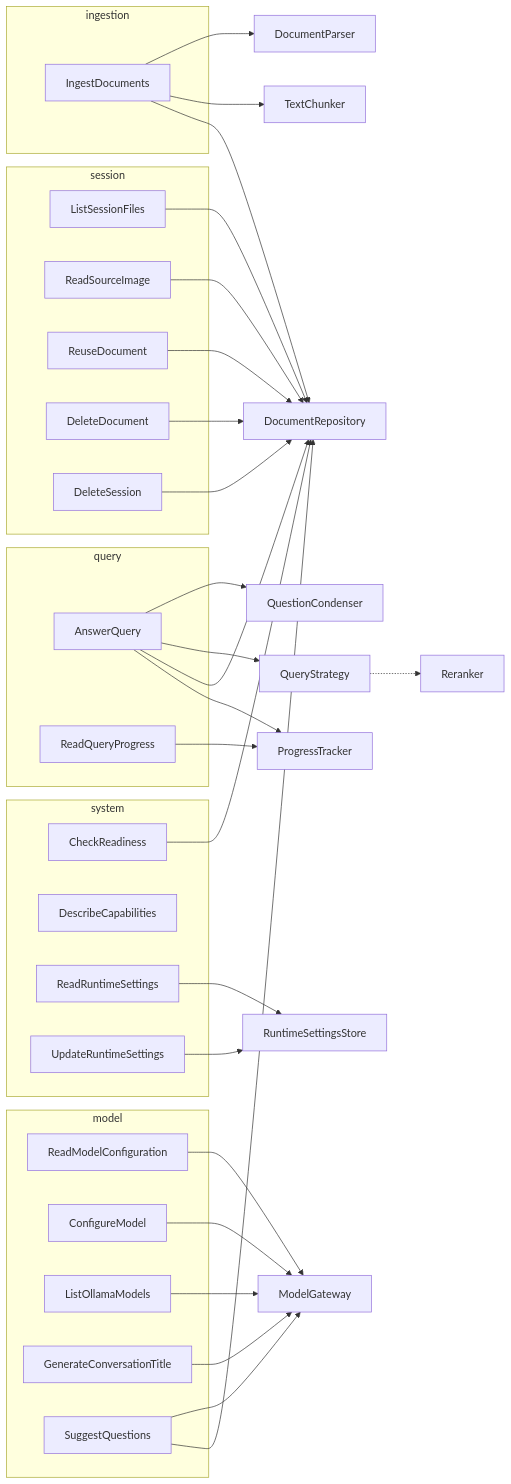
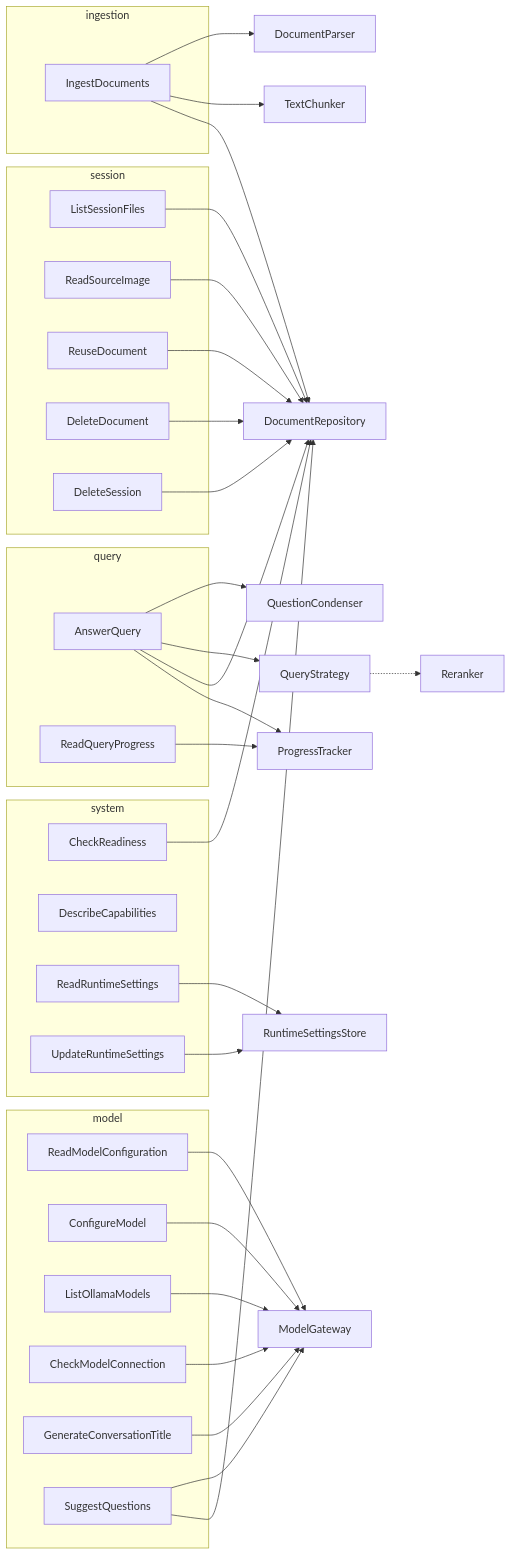
Before and after one commit to Pooria82/ParsRAG: the diagram in docs/architecture/use-cases.md, drawn with Mermaid. The commit also changed other lines of this file and 18 other files, not shown here.

````diff
--- a/docs/architecture/use-cases.md
+++ b/docs/architecture/use-cases.md
@@ -10,39 +10,40 @@
 ```mermaid
 flowchart LR
     subgraph ingestion
         ID[IngestDocuments]
     end
     subgraph query
         AQ[AnswerQuery]
         RQP[ReadQueryProgress]
     end
     subgraph session
         LSF[ListSessionFiles]
         RSI[ReadSourceImage]
         RD[ReuseDocument]
         DD[DeleteDocument]
         DS[DeleteSession]
     end
     subgraph model
         RMC[ReadModelConfiguration]
         CM[ConfigureModel]
         LOM[ListOllamaModels]
+        CMC[CheckModelConnection]
         GCT[GenerateConversationTitle]
         SQ[SuggestQuestions]
     end
     subgraph system
         CR[CheckReadiness]
         DC[DescribeCapabilities]
         RRS[ReadRuntimeSettings]
         URS[UpdateRuntimeSettings]
     end
     ID --> DocumentParser & TextChunker & DocumentRepository
     AQ --> QuestionCondenser & QueryStrategy & DocumentRepository & ProgressTracker
     RQP --> ProgressTracker
     LSF & RSI & RD & DD & DS --> DocumentRepository
     RRS & URS --> RuntimeSettingsStore
-    RMC & CM & LOM & GCT & SQ --> ModelGateway
+    RMC & CM & LOM & CMC & GCT & SQ --> ModelGateway
     SQ --> DocumentRepository
     QueryStrategy -.-> Reranker
     CR --> DocumentRepository
 ```
````
